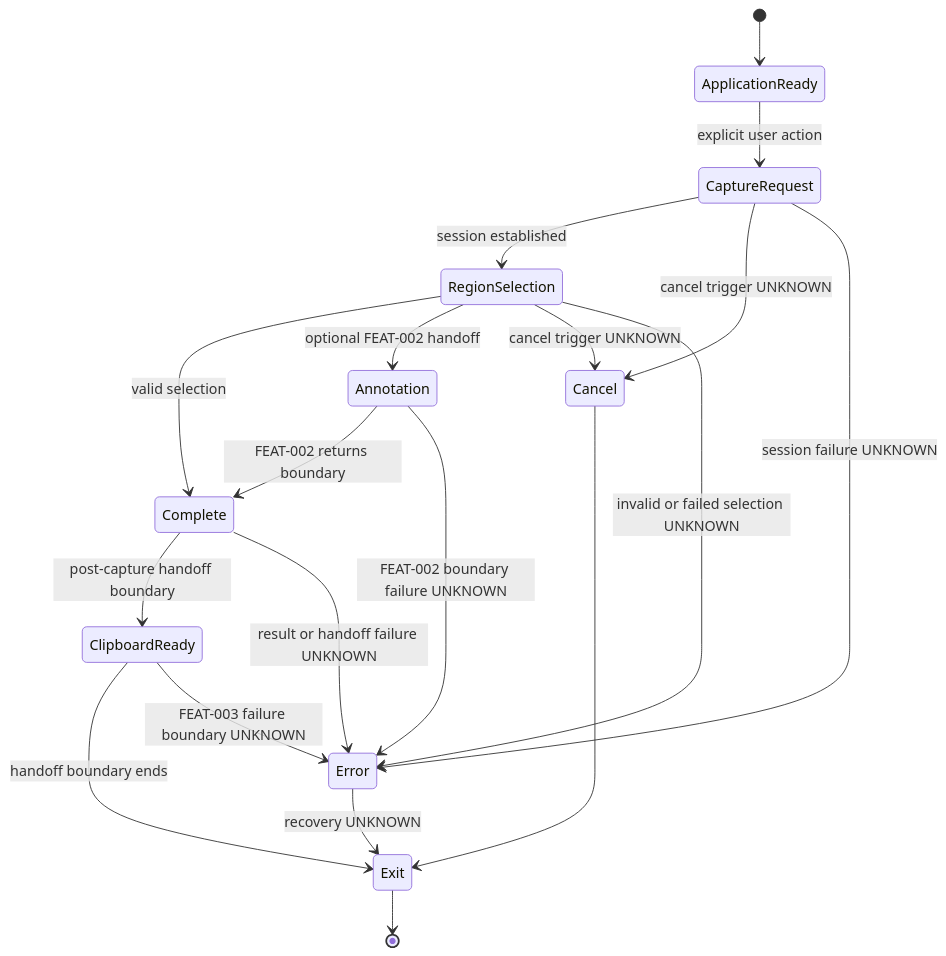
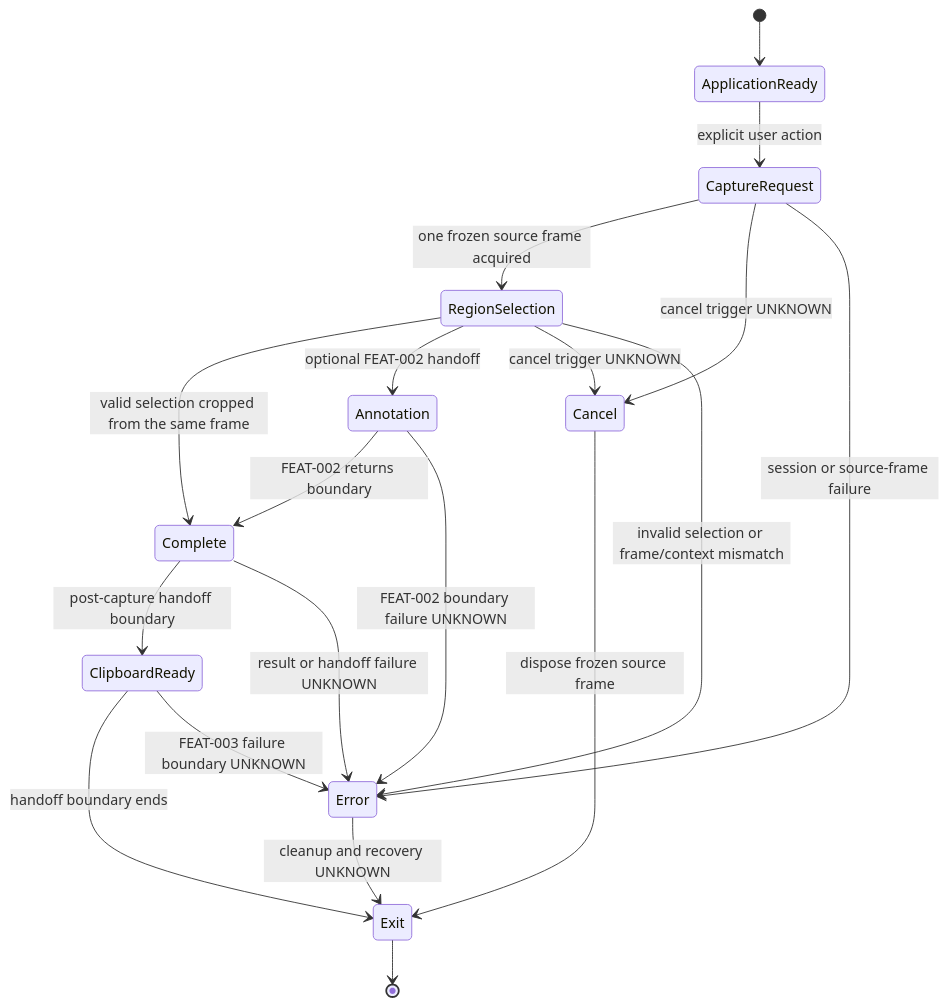
Before and after one commit to gn02033417/SnipPlus: the first of 2 diagrams in Specs/SPEC-0005-capture-workflow.md, drawn with Mermaid. The commit also changed other lines of this file, not shown here.

Commit message:
docs: correct frozen-frame capture workflow contract

````diff
--- a/Specs/SPEC-0005-capture-workflow.md
+++ b/Specs/SPEC-0005-capture-workflow.md
@@ -101,26 +120,26 @@
 ```mermaid
 stateDiagram-v2
     [*] --> ApplicationReady
 
     ApplicationReady --> CaptureRequest: explicit user action
-    CaptureRequest --> RegionSelection: session established
+    CaptureRequest --> RegionSelection: one frozen source frame acquired
     CaptureRequest --> Cancel: cancel trigger UNKNOWN
-    CaptureRequest --> Error: session failure UNKNOWN
+    CaptureRequest --> Error: session or source-frame failure
 
-    RegionSelection --> Complete: valid selection
+    RegionSelection --> Complete: valid selection cropped from the same frame
     RegionSelection --> Annotation: optional FEAT-002 handoff
     RegionSelection --> Cancel: cancel trigger UNKNOWN
-    RegionSelection --> Error: invalid or failed selection UNKNOWN
+    RegionSelection --> Error: invalid selection or frame/context mismatch
 
     Annotation --> Complete: FEAT-002 returns boundary
     Annotation --> Error: FEAT-002 boundary failure UNKNOWN
 
     Complete --> ClipboardReady: post-capture handoff boundary
     Complete --> Error: result or handoff failure UNKNOWN
     ClipboardReady --> Exit: handoff boundary ends
     ClipboardReady --> Error: FEAT-003 failure boundary UNKNOWN
 
-    Cancel --> Exit
-    Error --> Exit: recovery UNKNOWN
+    Cancel --> Exit: dispose frozen source frame
+    Error --> Exit: cleanup and recovery UNKNOWN
     Exit --> [*]
 ```
````
